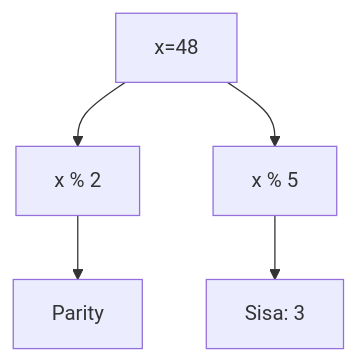
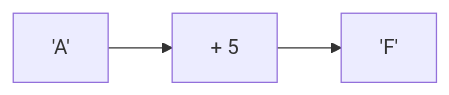
Before and after one commit to amnahwaida/OSNK_INF_PREP: diagram 13 of 25 in part-c-pemahaman-cpp/03-perulangan/latihan/set-11.md, drawn with Mermaid. The commit also changed other lines of this file and 71 other files, not shown here.

Commit message:
Fixed Mermaid syntax lexical errors with quoted labels in 1,800 questions

````diff
--- a/part-c-pemahaman-cpp/03-perulangan/latihan/set-11.md
+++ b/part-c-pemahaman-cpp/03-perulangan/latihan/set-11.md
@@ -507,7 +387,5 @@
 ```mermaid
-graph TD
-A[x=48] --> B[x % 2]
-B --> C[Parity]
-A --> D[x % 5]
-D --> E[Sisa: 3]
+graph LR
+A["'A'"] --> B["+ 5"]
+B --> C["'F'"]
 ```
````
